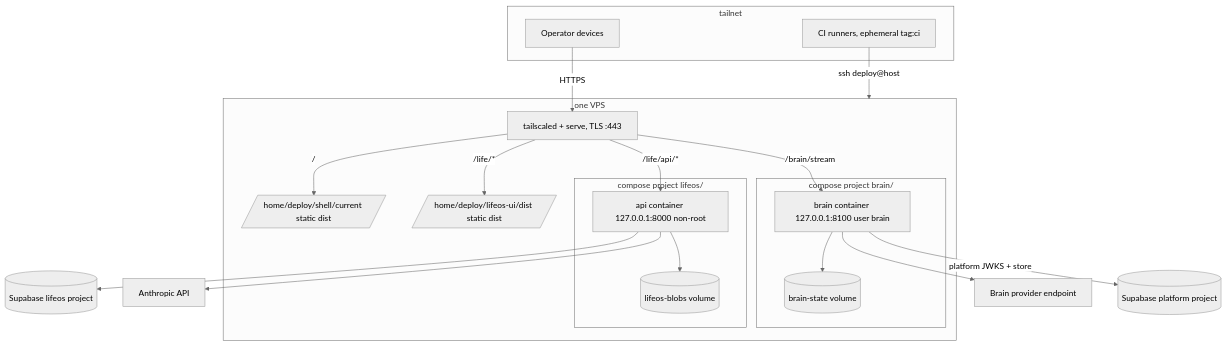
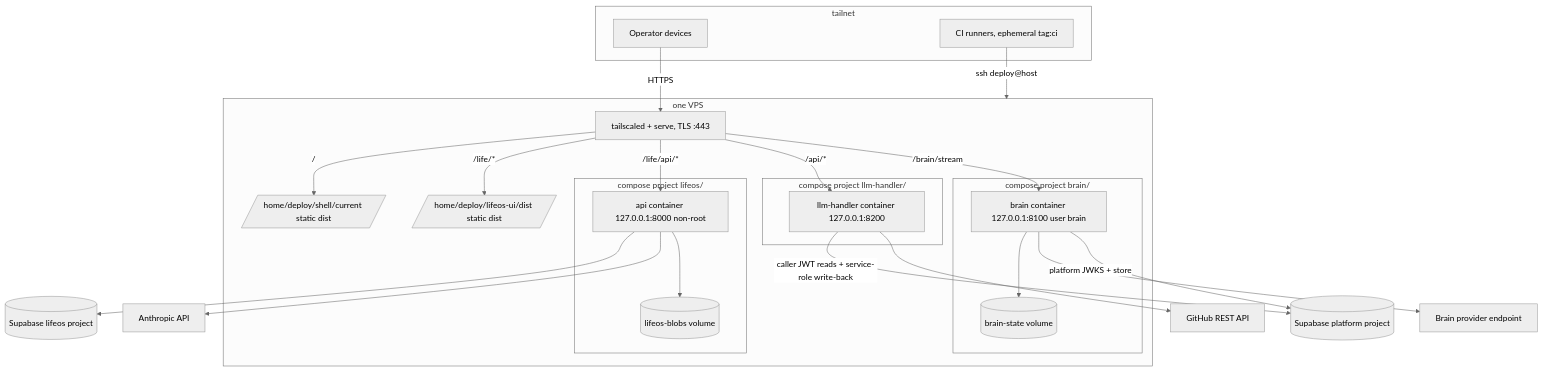
The diagram in docs/planning/10-cicd-deployment.md (kgsmith19/hyperbolic-core), drawn with Mermaid (neutral theme) before and after one commit. The commit also changed other lines of this file, not shown here.

Commit message:
docs(planning): add the /api/* route to 10-cicd-deployment's own table
10-cicd-deployment.md kept a second, separate copy of the route table
(docs/ops/runbook.md's copy was updated already) -- this brings its
mermaid diagram and route table in line with Handler A's real /api/
mount from m3-06.

````diff
--- a/docs/planning/10-cicd-deployment.md
+++ b/docs/planning/10-cicd-deployment.md
@@ -194,36 +194,43 @@
 ```mermaid
 graph TD
   subgraph tailnet
     OP[Operator devices]
     CI[CI runners, ephemeral tag:ci]
   end
   subgraph VPS [one VPS]
     TS[tailscaled + serve, TLS :443]
     SH[/home/deploy/shell/current static dist/]
     LF[/home/deploy/lifeos-ui/dist static dist/]
     subgraph compose-lifeos [compose project lifeos/]
       API[api container 127.0.0.1:8000 non-root]
       BL[(lifeos-blobs volume)]
     end
     subgraph compose-brain [compose project brain/]
       BR[brain container 127.0.0.1:8100 user brain]
       BS[(brain-state volume)]
     end
+    subgraph compose-llm-handler [compose project llm-handler/]
+      LH[llm-handler container 127.0.0.1:8200]
+    end
   end
   SB2[(Supabase lifeos project)]
   SB1[(Supabase platform project)]
   ANTH[Anthropic API]
   PROV[Brain provider endpoint]
+  GH[GitHub REST API]
   OP -->|HTTPS| TS
   CI -->|ssh deploy@host| VPS
   TS -->|"/"| SH
   TS -->|"/life/*"| LF
   TS -->|"/life/api/*"| API
+  TS -->|"/api/*"| LH
   TS -->|"/brain/stream"| BR
   API --> SB2
   API --> ANTH
   API --> BL
   BR --> BS
   BR --> PROV
   BR -->|platform JWKS + store| SB1
+  LH -->|caller JWT reads + service-role write-back| SB1
+  LH --> GH
 ```
````
